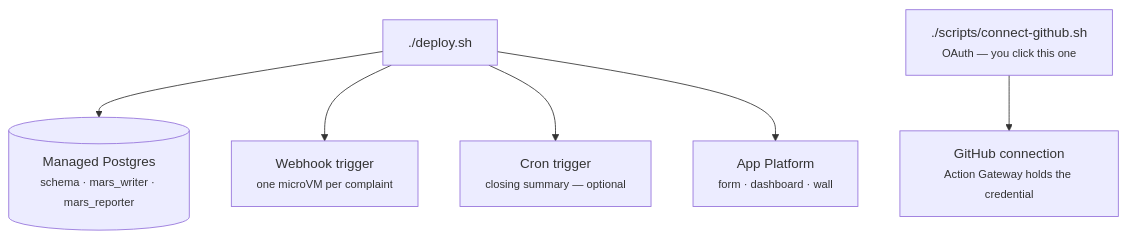
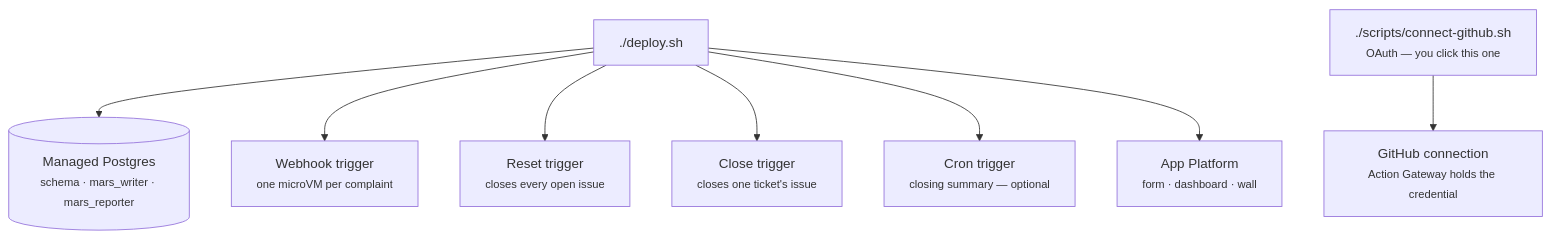
One commit to hgonzalez-do/facility_issue_demo changed the second of 3 diagrams in README.md. Above: the diagram before and after it, drawn with Mermaid. The commit also changed other lines of this file and 19 other files, not shown here.

````diff
--- a/README.md
+++ b/README.md
@@ -77,8 +77,10 @@
 ```mermaid
 flowchart TD
     D["./deploy.sh"] --> PG[("Managed Postgres<br/><small>schema · mars_writer · mars_reporter</small>")]
     D --> WH["Webhook trigger<br/><small>one microVM per complaint</small>"]
+    D --> RS["Reset trigger<br/><small>closes every open issue</small>"]
+    D --> CL["Close trigger<br/><small>closes one ticket's issue</small>"]
     D --> CR["Cron trigger<br/><small>closing summary — optional</small>"]
     D --> APP["App Platform<br/><small>form · dashboard · wall</small>"]
     C["./scripts/connect-github.sh<br/><small>OAuth — you click this one</small>"] --> AG["GitHub connection<br/><small>Action Gateway holds the credential</small>"]
 ```
````
